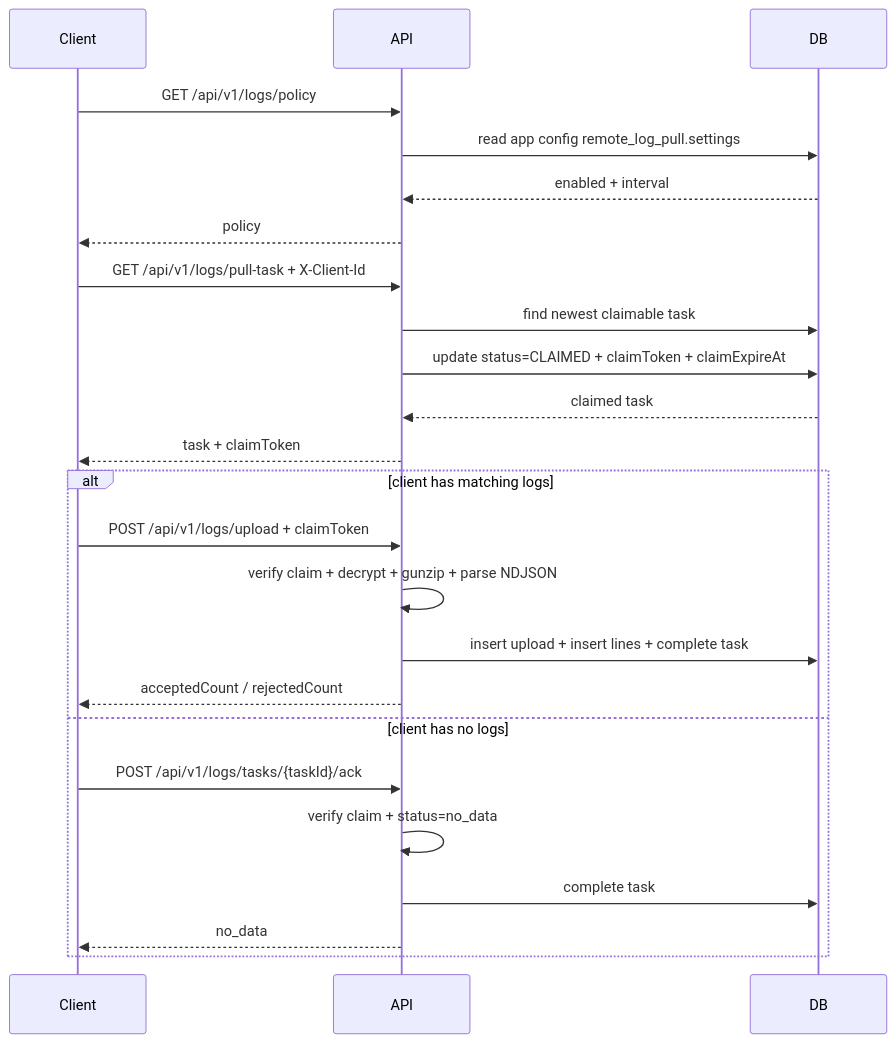
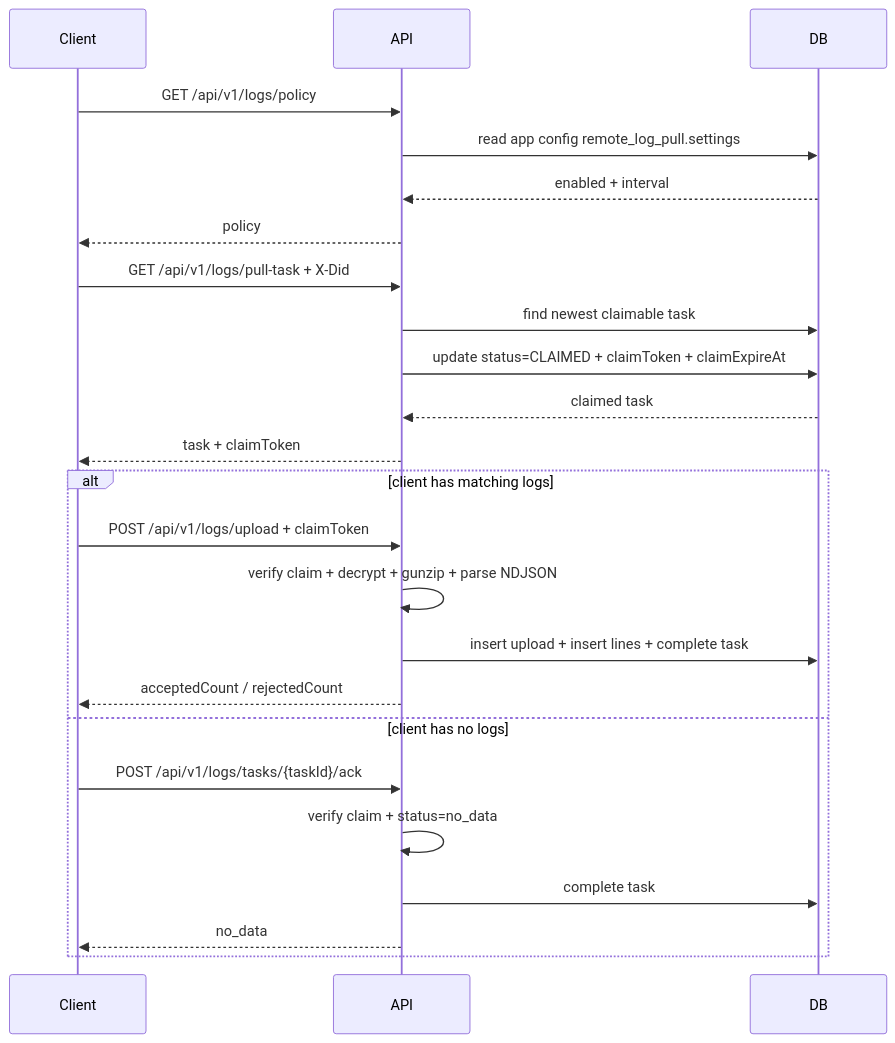
Before and after one commit to evangerlions/Zook: the second of 2 diagrams in docs/client-log-remote-pull-backend.md, drawn with Mermaid. The commit also changed other lines of this file and 14 other files, not shown here.

Commit message:
refactor: rename remote log client identity to did

````diff
--- a/docs/client-log-remote-pull-backend.md
+++ b/docs/client-log-remote-pull-backend.md
@@ -174,29 +174,29 @@
 ```mermaid
 sequenceDiagram
   participant C as Client
   participant A as API
   participant D as DB
 
   C->>A: GET /api/v1/logs/policy
   A->>D: read app config remote_log_pull.settings
   D-->>A: enabled + interval
   A-->>C: policy
 
-  C->>A: GET /api/v1/logs/pull-task + X-Client-Id
+  C->>A: GET /api/v1/logs/pull-task + X-Did
   A->>D: find newest claimable task
   A->>D: update status=CLAIMED + claimToken + claimExpireAt
   D-->>A: claimed task
   A-->>C: task + claimToken
 
   alt client has matching logs
     C->>A: POST /api/v1/logs/upload + claimToken
     A->>A: verify claim + decrypt + gunzip + parse NDJSON
     A->>D: insert upload + insert lines + complete task
     A-->>C: acceptedCount / rejectedCount
   else client has no logs
     C->>A: POST /api/v1/logs/tasks/{taskId}/ack
     A->>A: verify claim + status=no_data
     A->>D: complete task
     A-->>C: no_data
   end
 ```
````
